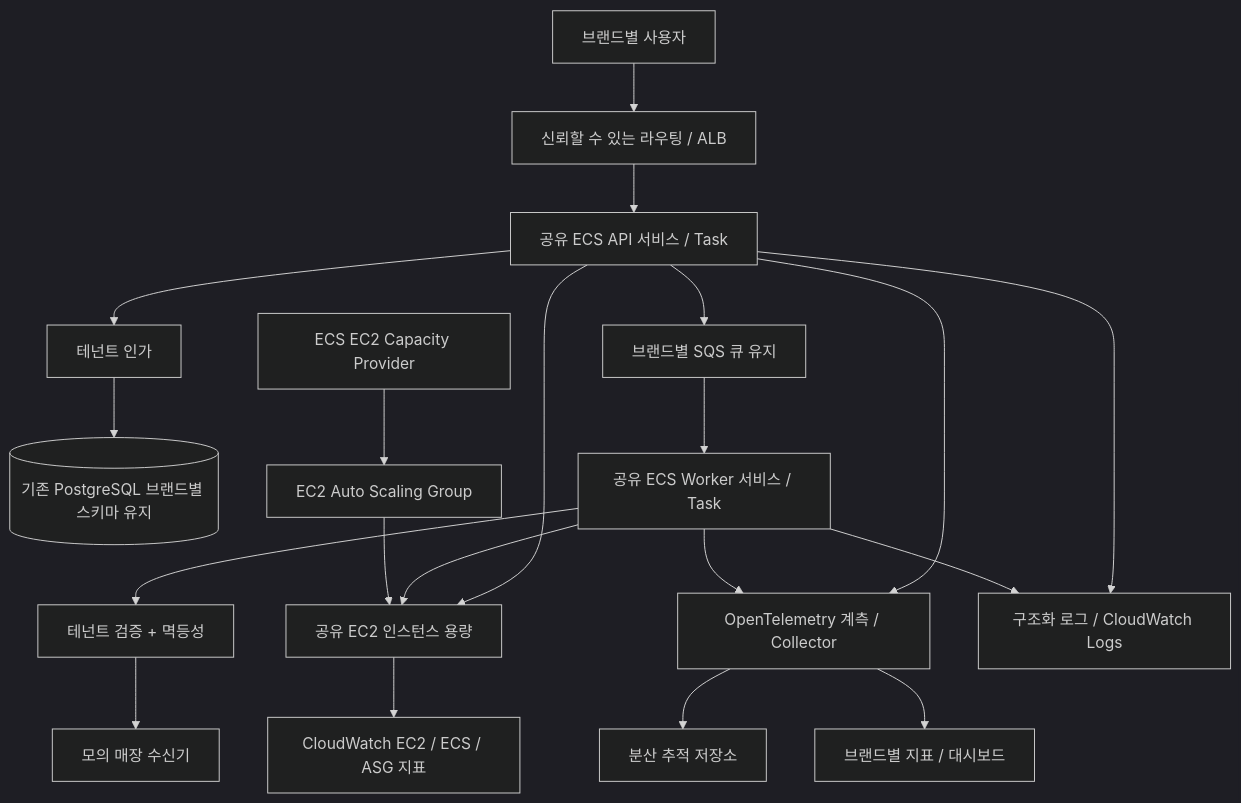
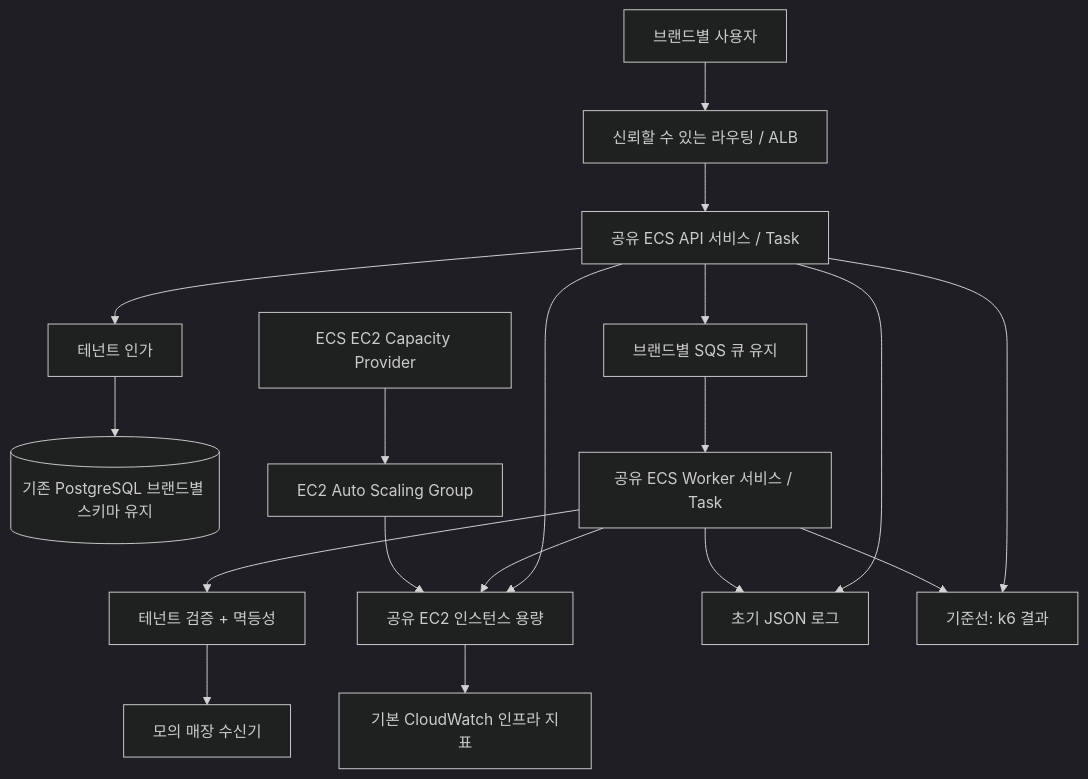
One commit to HwangChulHee/multi-tenant-saas-modernization changed the second of 2 diagrams in docs/02-architecture.md. Above: the diagram before and after it, drawn with Mermaid (dark theme). The commit also changed other lines of this file, not shown here.

Commit message:
docs: align architecture observability with deferred deployment

````diff
--- a/docs/02-architecture.md
+++ b/docs/02-architecture.md
@@ -25,22 +25,20 @@
 ```mermaid
 flowchart TB
   U[브랜드별 사용자] --> R[신뢰할 수 있는 라우팅 / ALB]
   R --> API[공유 ECS API 서비스 / Task]
   API --> AUTH[테넌트 인가]
   AUTH --> DS[(기존 PostgreSQL 브랜드별 스키마 유지)]
   API --> Q[브랜드별 SQS 큐 유지]
   Q --> W[공유 ECS Worker 서비스 / Task]
   W --> GUARD[테넌트 검증 + 멱등성]
   GUARD --> POS[모의 매장 수신기]
   API --> EC2[공유 EC2 인스턴스 용량]
   W --> EC2
   CP[ECS EC2 Capacity Provider] --> ASG[EC2 Auto Scaling Group]
   ASG --> EC2
-  API --> OTel[OpenTelemetry 계측 / Collector]
-  W --> OTel
-  OTel --> TRACE[분산 추적 저장소]
-  API --> LOG[구조화 로그 / CloudWatch Logs]
+  API --> LOG[초기 JSON 로그]
   W --> LOG
-  EC2 --> CW[CloudWatch EC2 / ECS / ASG 지표]
-  OTel --> METRIC[브랜드별 지표 / 대시보드]
+  EC2 --> CW[기본 CloudWatch 인프라 지표]
+  API --> K6[기준선: k6 결과]
+  W --> K6
 ```
````
